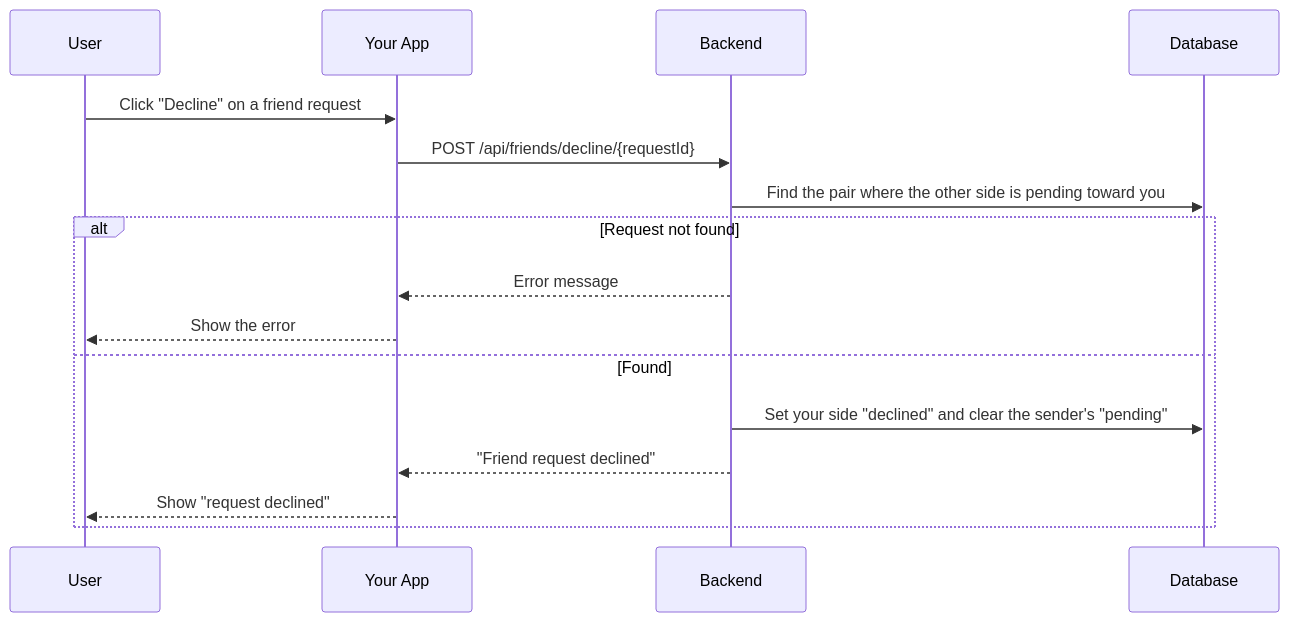
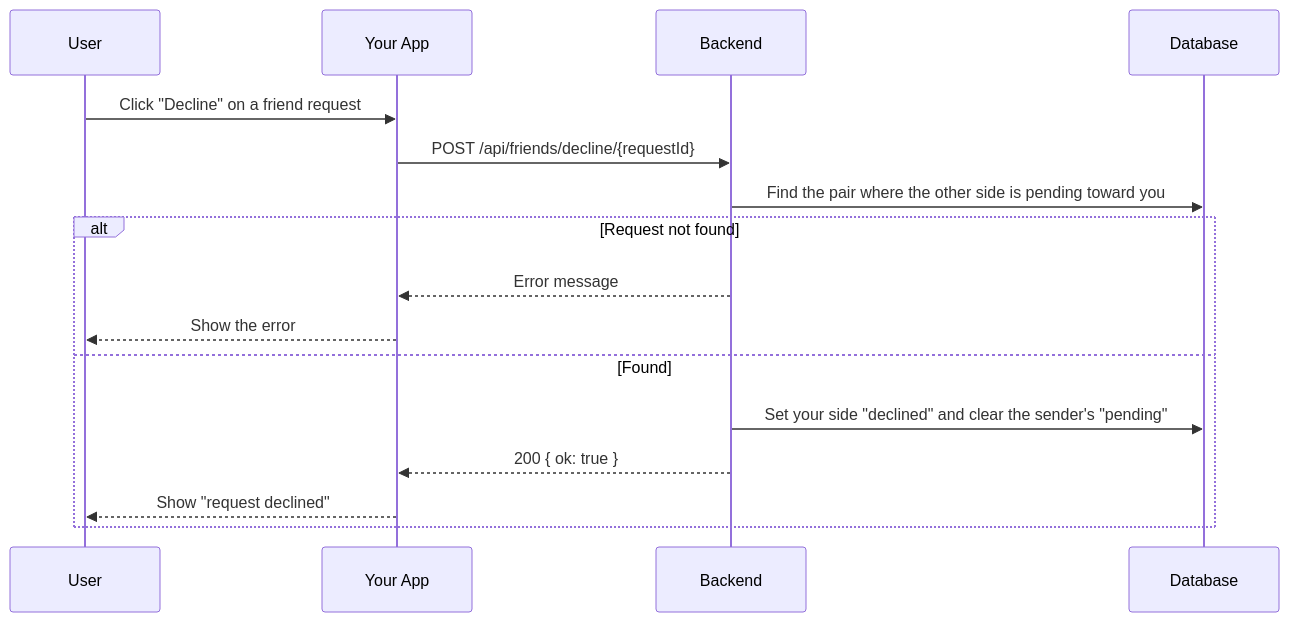
The third of 7 diagrams in docs/backend/backend-friends-module.md (IrmaJoKerr/ft_transcendence-ludo), drawn with Mermaid before and after one commit. The commit also changed other lines of this file and 8 other files, not shown here.

````diff
--- a/docs/backend/backend-friends-module.md
+++ b/docs/backend/backend-friends-module.md
@@ -235,19 +235,19 @@
 ```mermaid
 sequenceDiagram
     participant User
     participant Site as Your App
     participant Server as Backend
     participant DB as Database
 
     User->>Site: Click "Decline" on a friend request
     Site->>Server: POST /api/friends/decline/{requestId}
     Server->>DB: Find the pair where the other side is pending toward you
     alt Request not found
         Server-->>Site: Error message
         Site-->>User: Show the error
     else Found
         Server->>DB: Set your side "declined" and clear the sender's "pending"
-        Server-->>Site: "Friend request declined"
+        Server-->>Site: 200 { ok: true }
         Site-->>User: Show "request declined"
     end
 ```
````
